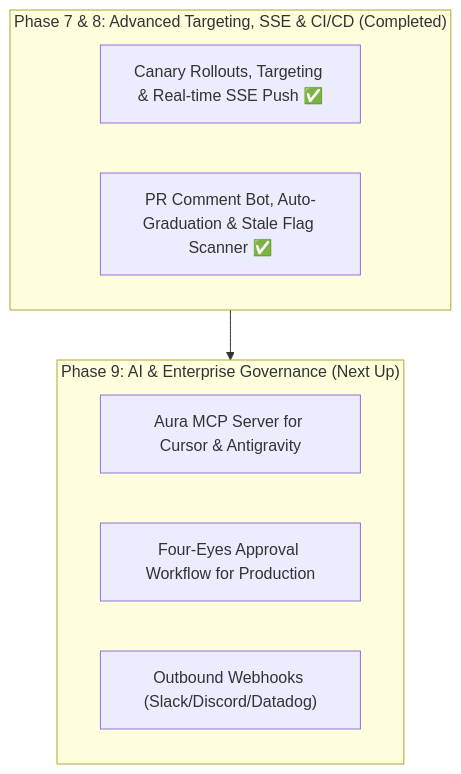
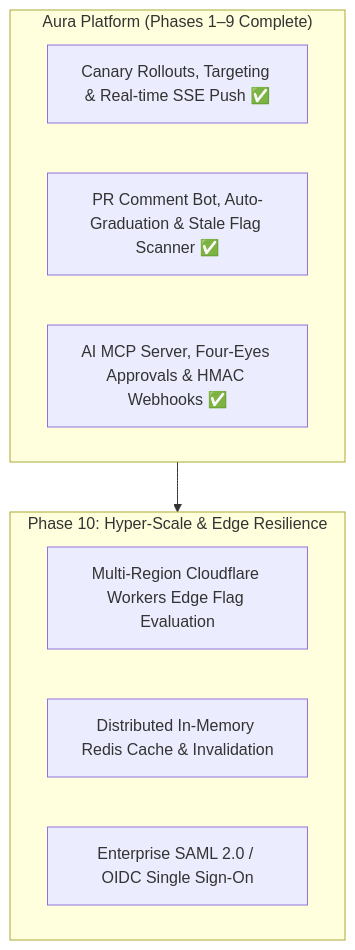
The third of 3 diagrams in PROJECT_ROADMAP_AND_PROGRESS.md (sgavankar43/Aura-spring-), drawn with Mermaid before and after one commit. The commit also changed other lines of this file and 39 other files, not shown here.

Commit message:
feat(phase-9): implement Model Context Protocol (MCP) server, Four-Eyes approval governance, outbound signed webhooks, and UI

````diff
--- a/PROJECT_ROADMAP_AND_PROGRESS.md
+++ b/PROJECT_ROADMAP_AND_PROGRESS.md
@@ -169,15 +211,16 @@
 ```mermaid
 flowchart TD
-    subgraph NearTerm["Phase 7 & 8: Advanced Targeting, SSE & CI/CD (Completed)"]
-        P7["Canary Rollouts, Targeting & Real-time SSE Push ✅"]
+    subgraph CoreEngine["Aura Platform (Phases 1–9 Complete)"]
+        P1_7["Canary Rollouts, Targeting & Real-time SSE Push ✅"]
         P8["PR Comment Bot, Auto-Graduation & Stale Flag Scanner ✅"]
+        P9["AI MCP Server, Four-Eyes Approvals & HMAC Webhooks ✅"]
     end
 
-    subgraph LongTerm["Phase 9: AI & Enterprise Governance (Next Up)"]
-        P9A["Aura MCP Server for Cursor & Antigravity"]
-        P9B["Four-Eyes Approval Workflow for Production"]
-        P9C["Outbound Webhooks (Slack/Discord/Datadog)"]
+    subgraph Horizon["Phase 10: Hyper-Scale & Edge Resilience"]
+        P10A["Multi-Region Cloudflare Workers Edge Flag Evaluation"]
+        P10B["Distributed In-Memory Redis Cache & Invalidation"]
+        P10C["Enterprise SAML 2.0 / OIDC Single Sign-On"]
     end
 
-    NearTerm --> LongTerm
+    CoreEngine --> Horizon
 ```
````
